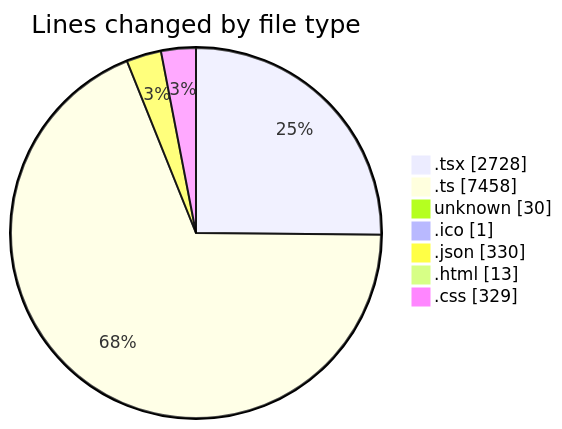
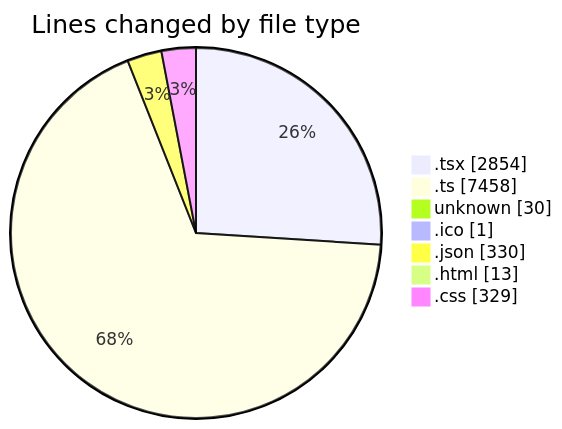
One commit to JenPaints/code-tracking changed the first of 2 diagrams in 2025-06-20/modeljsondesigner/README.md. Above: the diagram before and after it, drawn with Mermaid. The commit also changed other lines of this file and 1 other file, not shown here.

````diff
--- a/2025-06-20/modeljsondesigner/README.md
+++ b/2025-06-20/modeljsondesigner/README.md
@@ -35,11 +36,11 @@
 ```mermaid
 pie showData
 title Lines changed by file type
-".tsx" : 2728
+".tsx" : 2854
 ".ts" : 7458
 "unknown" : 30
 ".ico" : 1
 ".json" : 330
 ".html" : 13
 ".css" : 329
 ```
````
